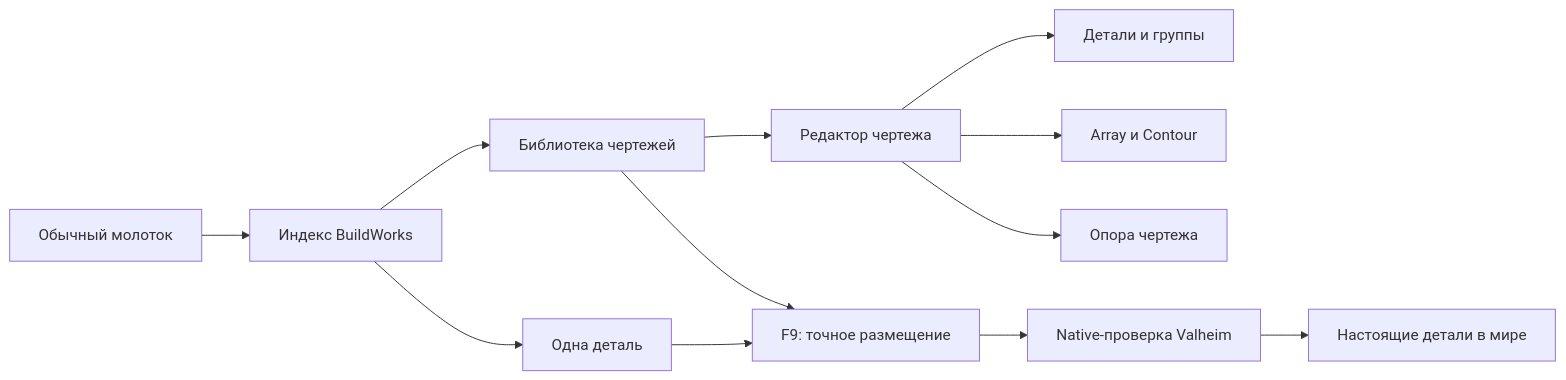
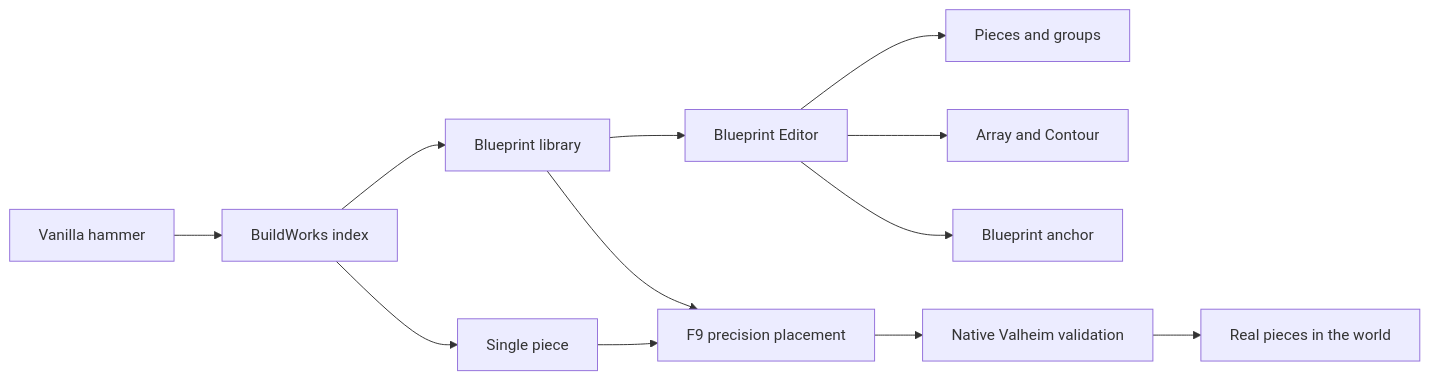
The diagram in README.md (MaikiOS/BuildWorks), drawn with Mermaid before and after one commit. The commit also changed other lines of this file and 18 other files, not shown here.

````diff
--- a/README.md
+++ b/README.md
@@ -11,14 +13,14 @@
 ```mermaid
 flowchart LR
-    A[Обычный молоток] --> B[Индекс BuildWorks]
-    B --> C[Одна деталь]
-    B --> D[Библиотека чертежей]
-    D --> E[Редактор чертежа]
-    E --> F[Детали и группы]
-    E --> G[Array и Contour]
-    E --> H[Опора чертежа]
-    C --> I[F9: точное размещение]
+    A[Vanilla hammer] --> B[BuildWorks index]
+    B --> C[Single piece]
+    B --> D[Blueprint library]
+    D --> E[Blueprint Editor]
+    E --> F[Pieces and groups]
+    E --> G[Array and Contour]
+    E --> H[Blueprint anchor]
+    C --> I[F9 precision placement]
     D --> I
-    I --> J[Native-проверка Valheim]
-    J --> K[Настоящие детали в мире]
+    I --> J[Native Valheim validation]
+    J --> K[Real pieces in the world]
 ```
````
